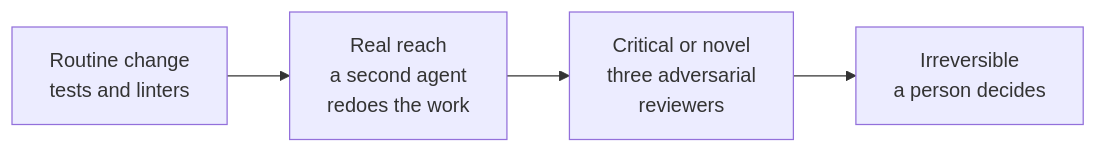
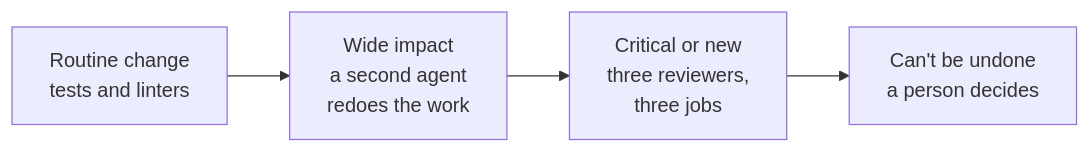
The fourth of 4 diagrams in engineering/decisions/2026-09-24-agentic-practice-audit/agentic-engineering-practices.md (Laticent/lattice), drawn with Mermaid before and after one commit. The commit also changed other lines of this file and 1 other file, not shown here.

````diff
--- a/engineering/decisions/2026-09-24-agentic-practice-audit/agentic-engineering-practices.md
+++ b/engineering/decisions/2026-09-24-agentic-practice-audit/agentic-engineering-practices.md
@@ -361,6 +383,6 @@
 ```mermaid
 flowchart LR
-  A["Routine change<br/>tests and linters"] --> B["Real reach<br/>a second agent<br/>redoes the work"]
-  B --> C["Critical or novel<br/>three adversarial<br/>reviewers"]
-  C --> D["Irreversible<br/>a person decides"]
+  A["Routine change<br/>tests and linters"] --> B["Wide impact<br/>a second agent<br/>redoes the work"]
+  B --> C["Critical or new<br/>three reviewers,<br/>three jobs"]
+  C --> D["Can't be undone<br/>a person decides"]
 ```
````
